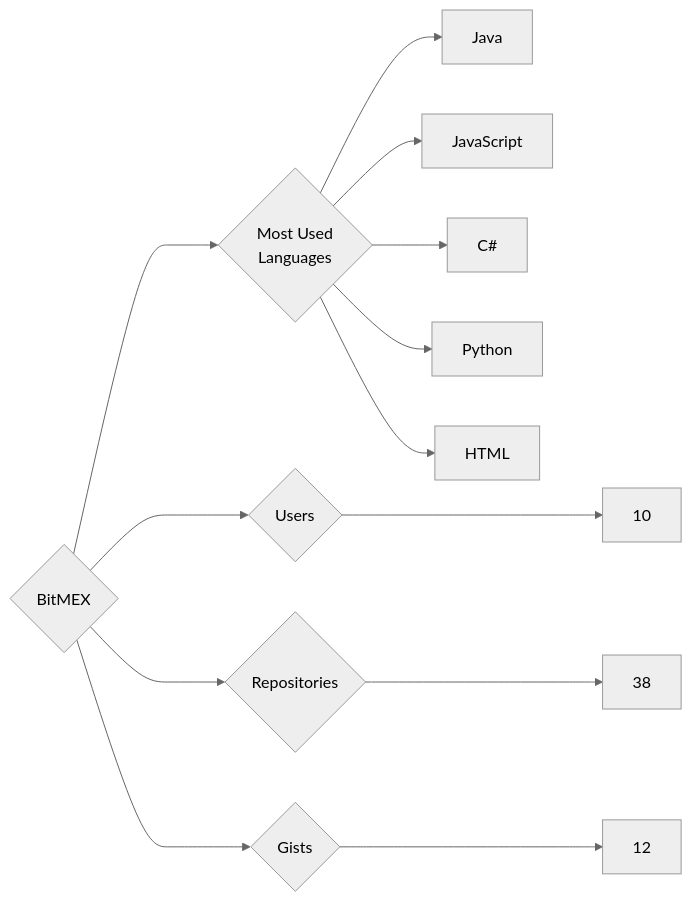
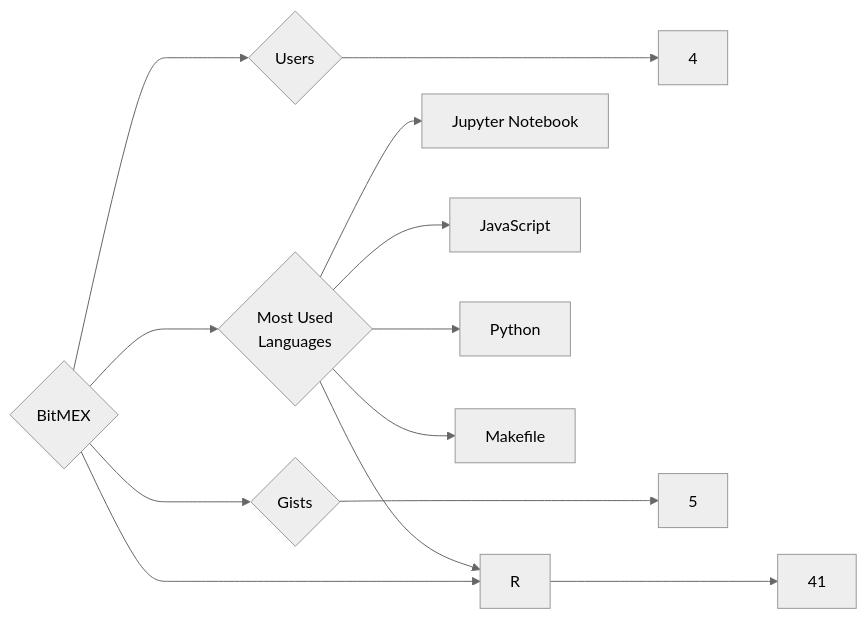
The diagram in targets/BitMEX/README.md (trickest/insiders), drawn with Mermaid (neutral theme) before and after one commit. The commit also changed 1092 other files, not shown here.

````diff
--- a/targets/BitMEX/README.md
+++ b/targets/BitMEX/README.md
@@ -3,13 +3,13 @@
 ```mermaid
 graph LR
 COMPANY_NAME{BitMEX}
-COMPANY_NAME ---> U{Users} ---> UN[10]
-COMPANY_NAME ---> R{Repositories} ---> RN[38]
-COMPANY_NAME ---> G{Gists} ---> GN[12]
+COMPANY_NAME ---> U{Users} ---> UN[4]
+COMPANY_NAME ---> R{Repositories} ---> RN[41]
+COMPANY_NAME ---> G{Gists} ---> GN[5]
 COMPANY_NAME ---> ML{Most Used<br>Languages}
-ML --> Java[Java]
+ML --> Jupyter_Notebook[Jupyter Notebook]
 ML --> JavaScript[JavaScript]
-ML --> C#[C#]
+ML --> R[R]
 ML --> Python[Python]
-ML --> HTML[HTML]
+ML --> Makefile[Makefile]
 ```
````
